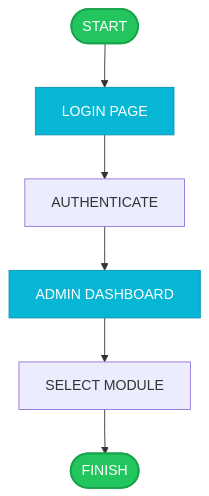
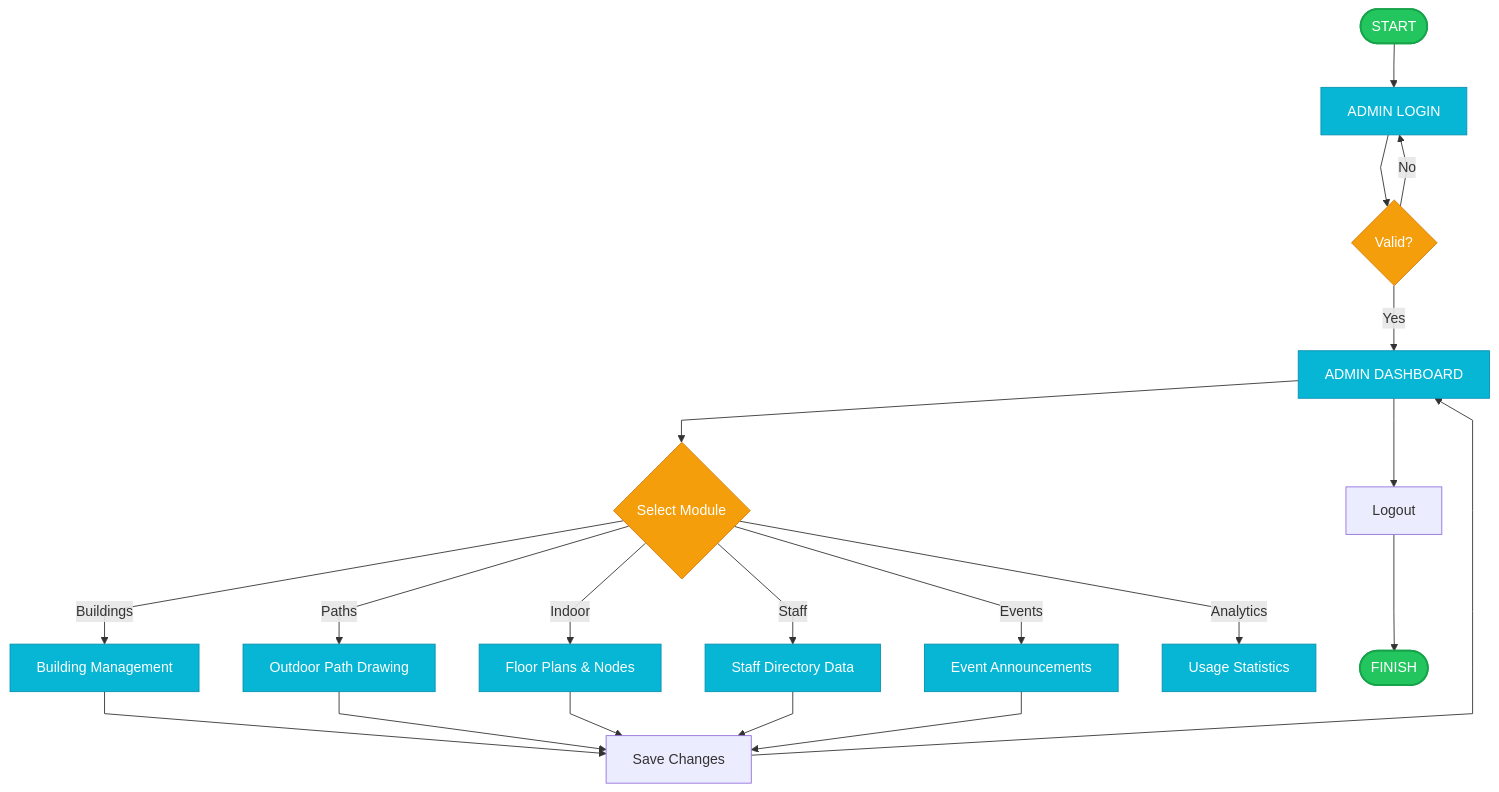
The sixth of 6 diagrams in iCCAT-Academic-Flowcharts-Printable.md (Yui1003/iCCAT), drawn with Mermaid before and after one commit. The commit also changed other lines of this file, not shown here.

First line of the commit message:
Add comprehensive academic flowcharts to the kiosk documentation

````diff
--- a/iCCAT-Academic-Flowcharts-Printable.md
+++ b/iCCAT-Academic-Flowcharts-Printable.md
@@ -124,15 +171,36 @@
 ```mermaid
 %%{init: {'flowchart': {'curve': 'linear', 'nodeSpacing': 50, 'rankSpacing': 50}}}%%
 flowchart TB
     classDef startEnd fill:#22c55e,stroke:#16a34a,color:#fff,stroke-width:2px
     classDef display fill:#06b6d4,stroke:#0891b2,color:#fff
+    classDef decision fill:#f59e0b,stroke:#d97706,color:#fff
     
-    START([START]) --> LOGIN[LOGIN PAGE]
-    LOGIN --> AUTH[AUTHENTICATE]
-    AUTH --> DASH[ADMIN DASHBOARD]
-    DASH --> SELECT[SELECT MODULE]
-    SELECT --> FINISH([FINISH])
+    START([START]) --> LOGIN[ADMIN LOGIN]
+    LOGIN --> AUTH{Valid?}
+    
+    AUTH -->|No| LOGIN
+    AUTH -->|Yes| DASH[ADMIN DASHBOARD]
+    
+    DASH --> MOD{Select Module}
+    
+    MOD -->|Buildings| M_BLD[Building Management]
+    MOD -->|Paths| M_PTH[Outdoor Path Drawing]
+    MOD -->|Indoor| M_IND[Floor Plans & Nodes]
+    MOD -->|Staff| M_STF[Staff Directory Data]
+    MOD -->|Events| M_EVT[Event Announcements]
+    MOD -->|Analytics| M_ANA[Usage Statistics]
+    
+    M_BLD --> SAVE[Save Changes]
+    M_PTH --> SAVE
+    M_IND --> SAVE
+    M_STF --> SAVE
+    M_EVT --> SAVE
+    
+    SAVE --> DASH
+    DASH --> EXIT[Logout]
+    EXIT --> FINISH([FINISH])
 
     class START,FINISH startEnd
-    class LOGIN,DASH display
+    class LOGIN,DASH,M_BLD,M_PTH,M_IND,M_STF,M_EVT,M_ANA display
+    class AUTH,MOD decision
 ```
````
